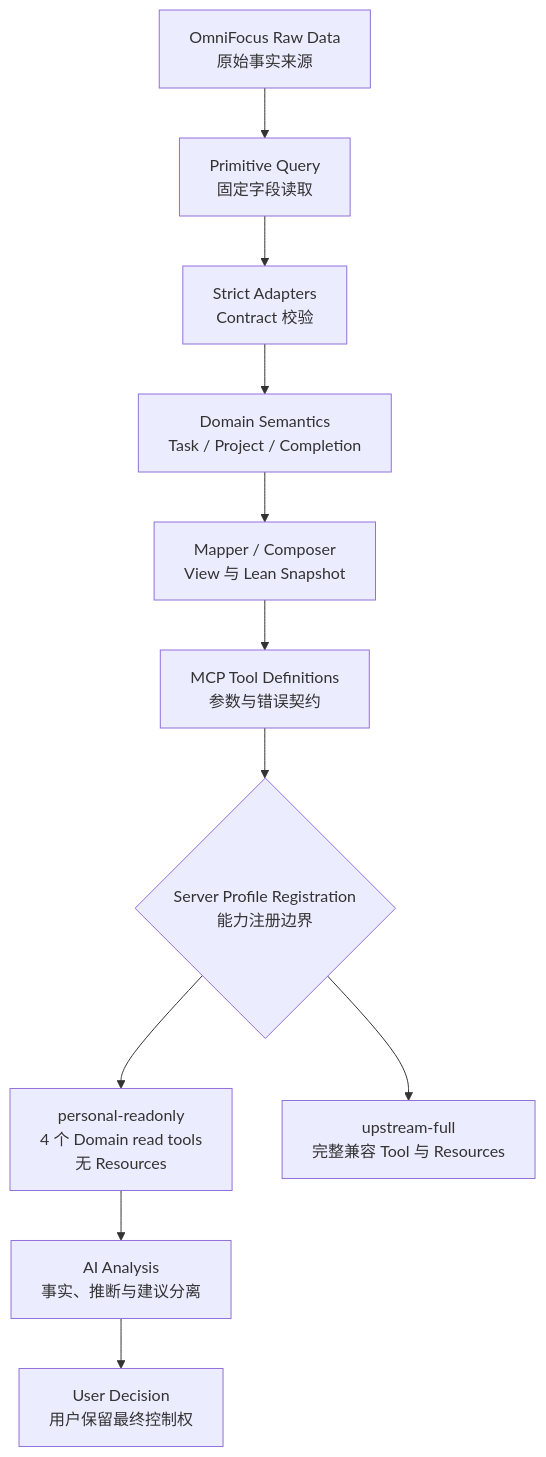
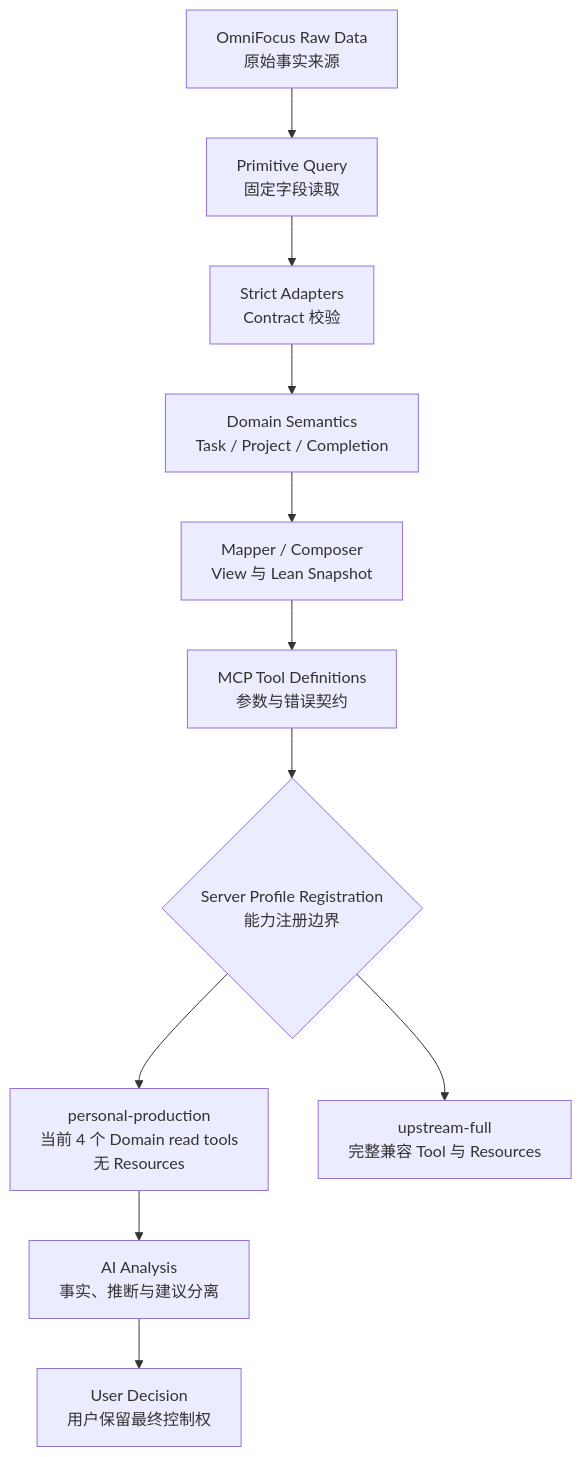
Before and after one commit to GlassyWorld/Omnifocus-Agent-MCP: the diagram in docs/OmniFocus-Agent-MCP_Architecture_Audit_v1.md, drawn with Mermaid. The commit also changed other lines of this file and 23 other files, not shown here.

Commit message:
refactor: rename personal profile for production

````diff
--- a/docs/OmniFocus-Agent-MCP_Architecture_Audit_v1.md
+++ b/docs/OmniFocus-Agent-MCP_Architecture_Audit_v1.md
@@ -334,18 +334,18 @@
 ```mermaid
 flowchart TD
     OF["OmniFocus Raw Data<br/>原始事实来源"]
     PR["Primitive Query<br/>固定字段读取"]
     AD["Strict Adapters<br/>Contract 校验"]
     DM["Domain Semantics<br/>Task / Project / Completion"]
     MC["Mapper / Composer<br/>View 与 Lean Snapshot"]
     TL["MCP Tool Definitions<br/>参数与错误契约"]
     RG{"Server Profile Registration<br/>能力注册边界"}
-    RO["personal-readonly<br/>4 个 Domain read tools<br/>无 Resources"]
+    RO["personal-production<br/>当前 4 个 Domain read tools<br/>无 Resources"]
     UF["upstream-full<br/>完整兼容 Tool 与 Resources"]
     AI["AI Analysis<br/>事实、推断与建议分离"]
     US["User Decision<br/>用户保留最终控制权"]
 
     OF --> PR --> AD --> DM --> MC --> TL --> RG
     RG --> RO --> AI --> US
     RG --> UF
 ```
````
